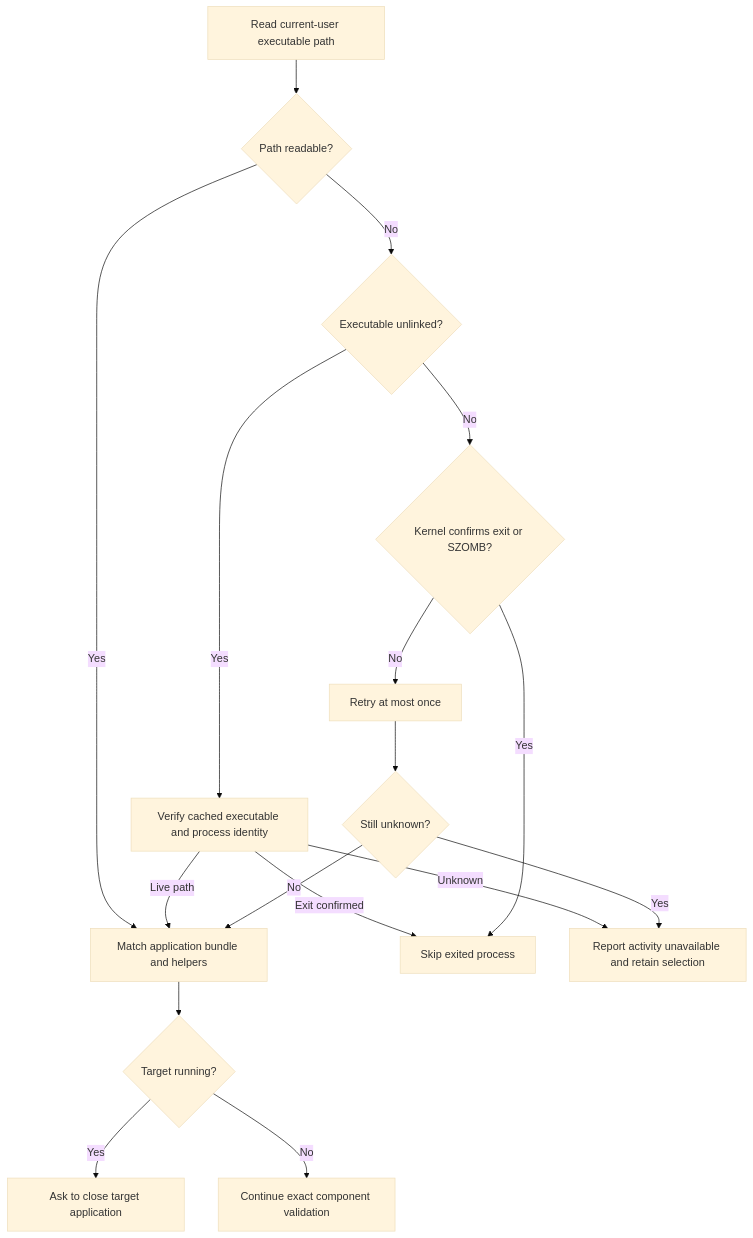
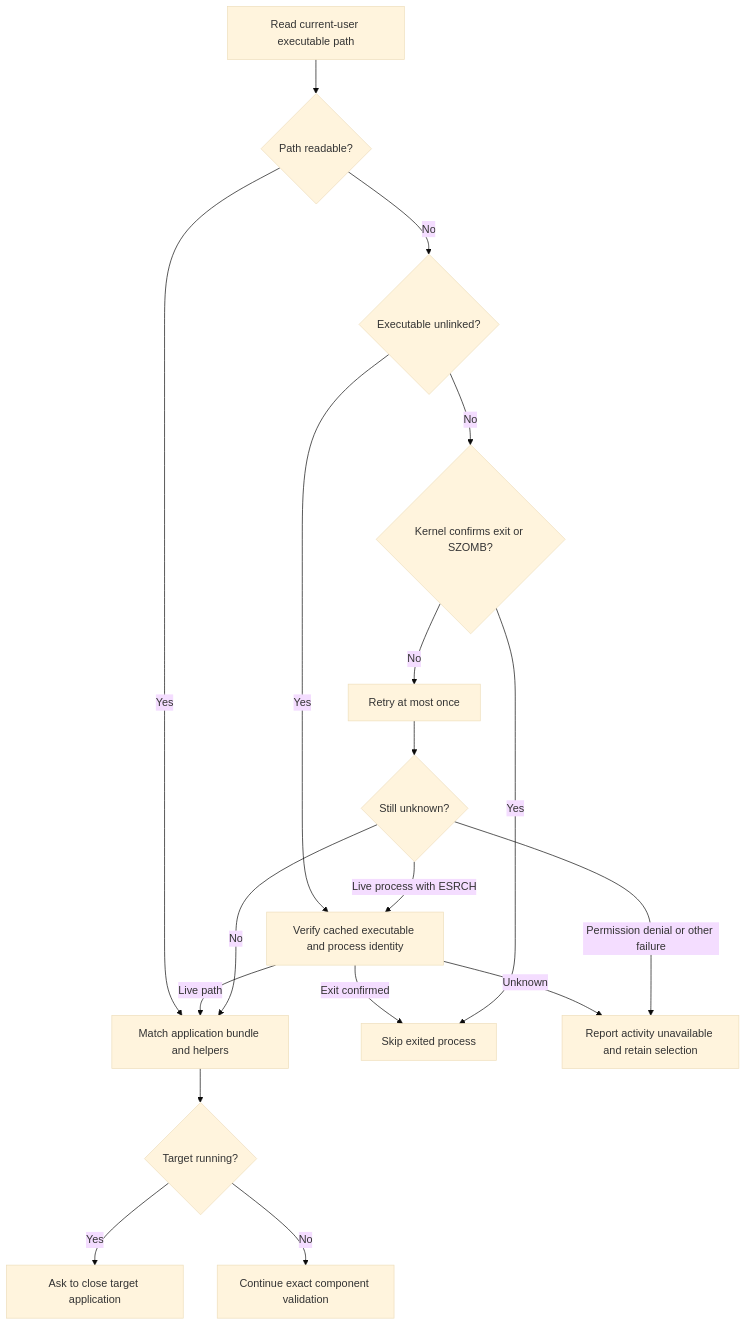
Before and after one commit to limecloud/shou: diagram 11 of 11 in docs/product/application-uninstall.md, drawn with Mermaid (base theme). The commit also changed other lines of this file and 63 other files, not shown here.

````diff
--- a/docs/product/application-uninstall.md
+++ b/docs/product/application-uninstall.md
@@ -348,19 +350,20 @@
 ```mermaid
 flowchart TD
   PID[Read current-user executable path] --> Path{Path readable?}
   Path -->|Yes| Match[Match application bundle and helpers]
   Path -->|No| Missing{Executable unlinked?}
   Missing -->|Yes| Cached[Verify cached executable and process identity]
   Cached -->|Live path| Match
   Cached -->|Exit confirmed| Skip
   Cached -->|Unknown| Block
   Missing -->|No| Kernel{Kernel confirms exit or SZOMB?}
   Kernel -->|Yes| Skip[Skip exited process]
   Kernel -->|No| Retry[Retry at most once]
   Retry --> Unknown{Still unknown?}
-  Unknown -->|Yes| Block[Report activity unavailable and retain selection]
+  Unknown -->|Live process with ESRCH| Cached
+  Unknown -->|Permission denial or other failure| Block[Report activity unavailable and retain selection]
   Unknown -->|No| Match
   Match --> Active{Target running?}
   Active -->|Yes| Quit[Ask to close target application]
   Active -->|No| Continue[Continue exact component validation]
 ```
````
